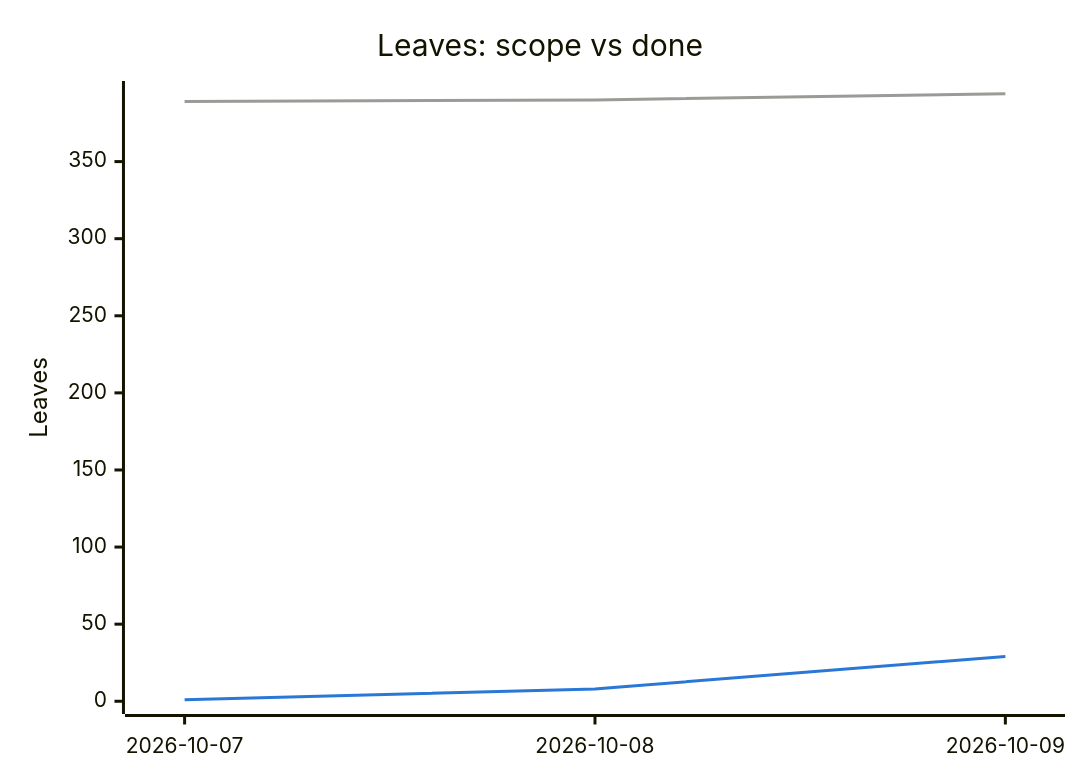
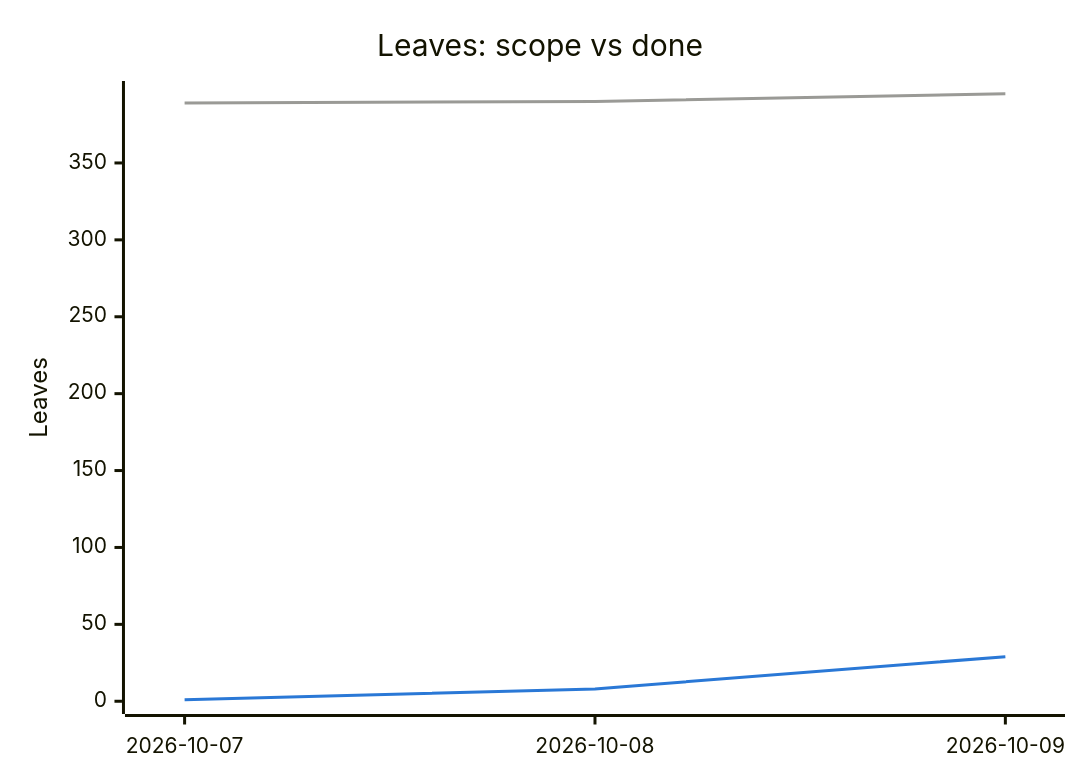
The second of 2 diagrams in PROGRESS.md (tomiok/persiaDB), drawn with Mermaid before and after one commit. The commit also changed other lines of this file and 8 other files, not shown here.

````diff
--- a/PROGRESS.md
+++ b/PROGRESS.md
@@ -105,14 +105,14 @@
 ```mermaid
 ---
 config:
   themeVariables:
     xyChart:
       plotColorPalette: "#9a9a96, #2a78d6"
 ---
 xychart-beta
   title "Leaves: scope vs done"
   x-axis ["2026-10-07", "2026-10-08", "2026-10-09"]
-  y-axis "Leaves" 0 --> 394
-  line [389, 390, 394]
+  y-axis "Leaves" 0 --> 395
+  line [389, 390, 395]
   line [1, 8, 29]
 ```
````
